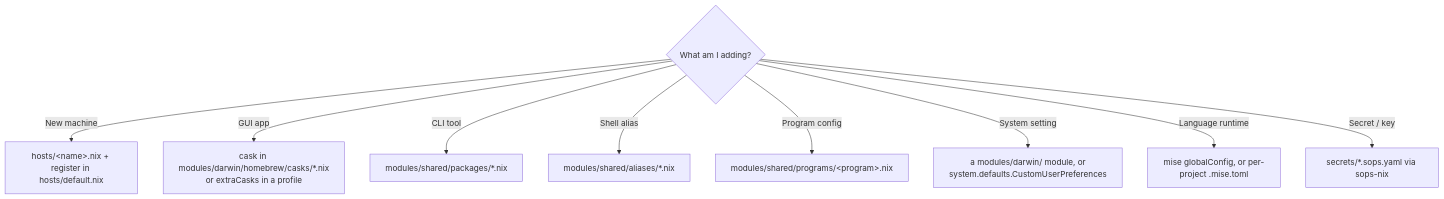
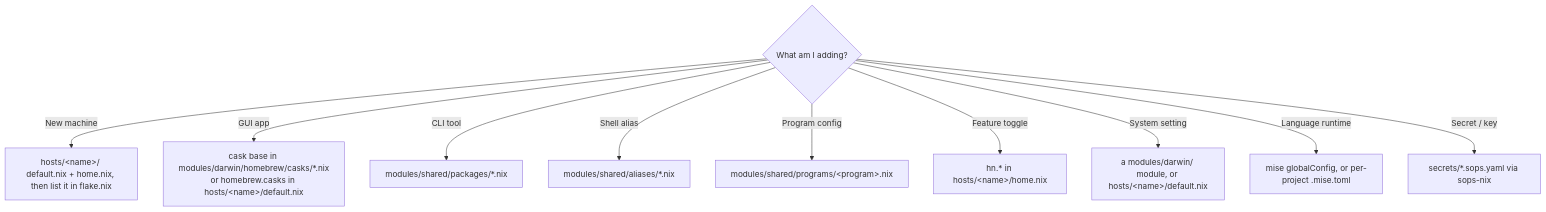
Before and after one commit to hahunavth/nix-config: the second of 2 diagrams in CLAUDE.md, drawn with Mermaid. The commit also changed other lines of this file and 45 other files, not shown here.

````diff
--- a/CLAUDE.md
+++ b/CLAUDE.md
@@ -36,12 +28,13 @@
 ```mermaid
 flowchart TD
 	Q{What am I adding?}
-	Q -->|New machine| M[hosts/&lt;name&gt;.nix + register in hosts/default.nix]
-	Q -->|GUI app| G[cask in modules/darwin/homebrew/casks/*.nix<br/>or extraCasks in a profile]
+	Q -->|New machine| M[hosts/&lt;name&gt;/ default.nix + home.nix, then list it in flake.nix]
+	Q -->|GUI app| G[cask base in modules/darwin/homebrew/casks/*.nix<br/>or homebrew.casks in hosts/&lt;name&gt;/default.nix]
 	Q -->|CLI tool| C[modules/shared/packages/*.nix]
 	Q -->|Shell alias| A[modules/shared/aliases/*.nix]
 	Q -->|Program config| P[modules/shared/programs/&lt;program&gt;.nix]
-	Q -->|System setting| S[a modules/darwin/ module, or<br/>system.defaults.CustomUserPreferences]
+	Q -->|Feature toggle| F[hn.* in hosts/&lt;name&gt;/home.nix]
+	Q -->|System setting| S[a modules/darwin/ module, or hosts/&lt;name&gt;/default.nix]
 	Q -->|Language runtime| R[mise globalConfig, or per-project .mise.toml]
 	Q -->|Secret / key| K[secrets/*.sops.yaml via sops-nix]
 ```
````
